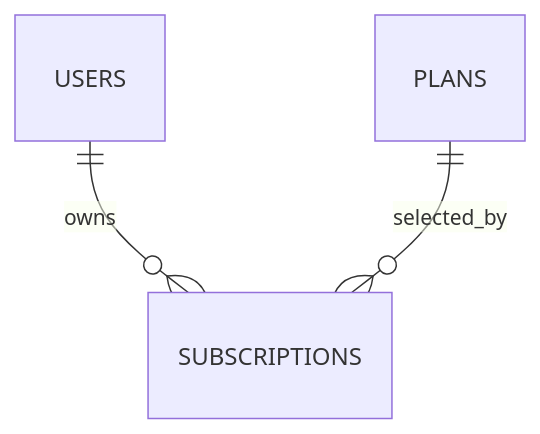
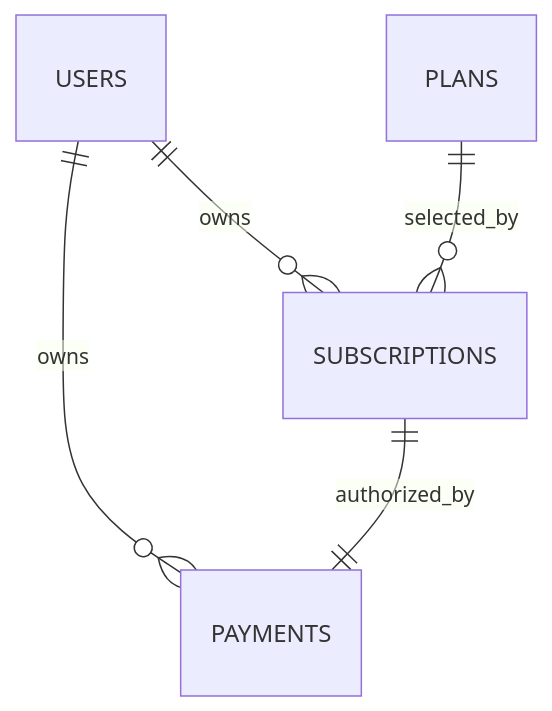
One commit to ldmrtnll-arch/releaseguard-sdet changed the second of 2 diagrams in docs/architecture.md. Above: the diagram before and after it, drawn with Mermaid. The commit also changed other lines of this file and 46 other files, not shown here.

````diff
--- a/docs/architecture.md
+++ b/docs/architecture.md
@@ -23,5 +25,7 @@
 ```mermaid
 erDiagram
   USERS ||--o{ SUBSCRIPTIONS : owns
   PLANS ||--o{ SUBSCRIPTIONS : selected_by
+  USERS ||--o{ PAYMENTS : owns
+  SUBSCRIPTIONS ||--|| PAYMENTS : authorized_by
 ```
````
